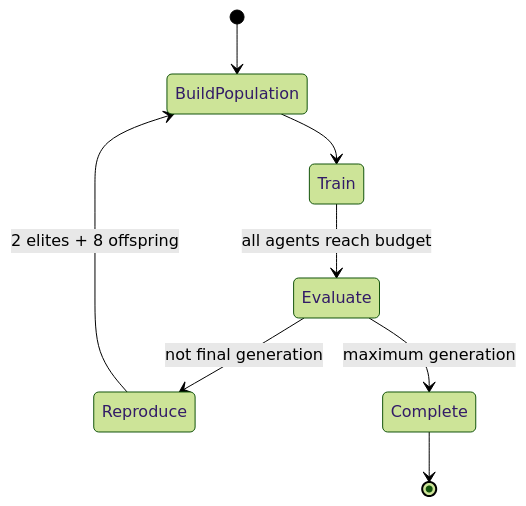
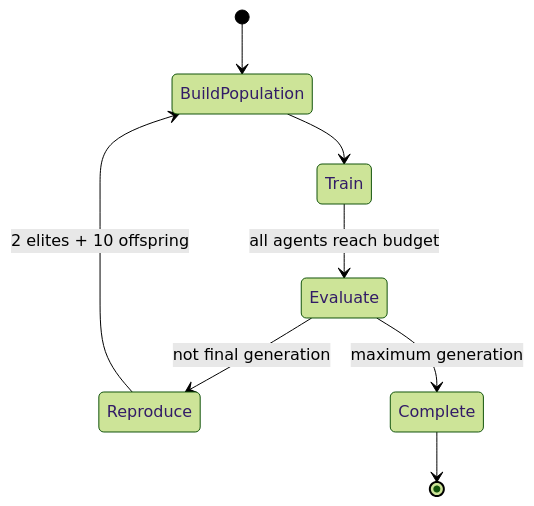
One commit to Harold2828/ReinforcementLearningPong changed the diagram in Docs/technical-documentation/ML_EVOLUTION.md. Above: the diagram before and after it, drawn with Mermaid (forest theme). The commit also changed other lines of this file and 25 other files, not shown here.

````diff
--- a/Docs/technical-documentation/ML_EVOLUTION.md
+++ b/Docs/technical-documentation/ML_EVOLUTION.md
@@ -47,10 +47,10 @@
 ```mermaid
 stateDiagram-v2
     [*] --> BuildPopulation
     BuildPopulation --> Train
     Train --> Evaluate: all agents reach budget
     Evaluate --> Reproduce: not final generation
-    Reproduce --> BuildPopulation: 2 elites + 8 offspring
+    Reproduce --> BuildPopulation: 2 elites + 10 offspring
     Evaluate --> Complete: maximum generation
     Complete --> [*]
 ```
````
